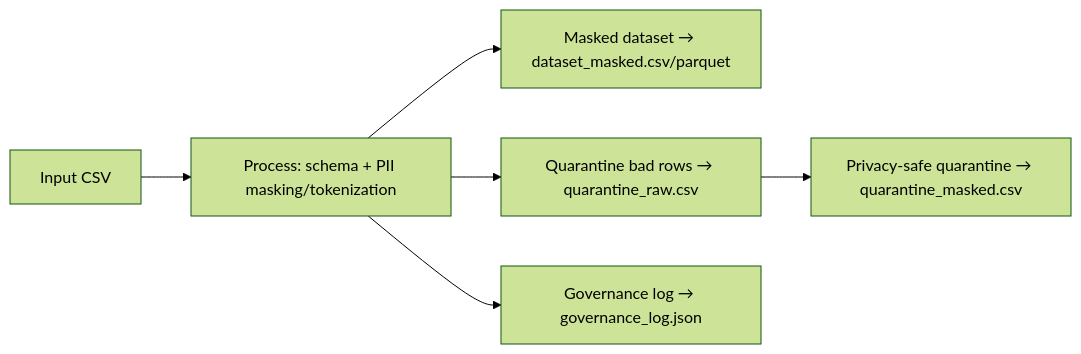
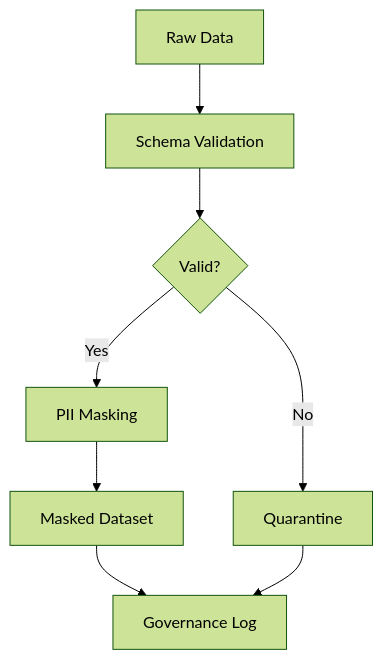
One commit to justfrfun/privacy_layer_mvp changed the diagram in README.md. Above: the diagram before and after it, drawn with Mermaid (forest theme). The commit also changed other lines of this file and 6 other files, not shown here.

````diff
--- a/README.md
+++ b/README.md
@@ -120,8 +22,10 @@
 ```mermaid
-flowchart LR
-    A[Input CSV] --> B[Process: schema + PII masking/tokenization]
-    B --> C[Masked dataset → dataset_masked.csv/parquet]
-    B --> D[Quarantine bad rows → quarantine_raw.csv]
-    D --> E[Privacy-safe quarantine → quarantine_masked.csv]
-    B --> F[Governance log → governance_log.json]
+flowchart TD
+    A[Raw Data] --> B[Schema Validation]
+    B --> C{Valid?}
+    C -- Yes --> D[PII Masking]
+    C -- No --> Q[Quarantine]
+    D --> E[Masked Dataset]
+    E --> L[Governance Log]
+    Q --> L
 ```
````
